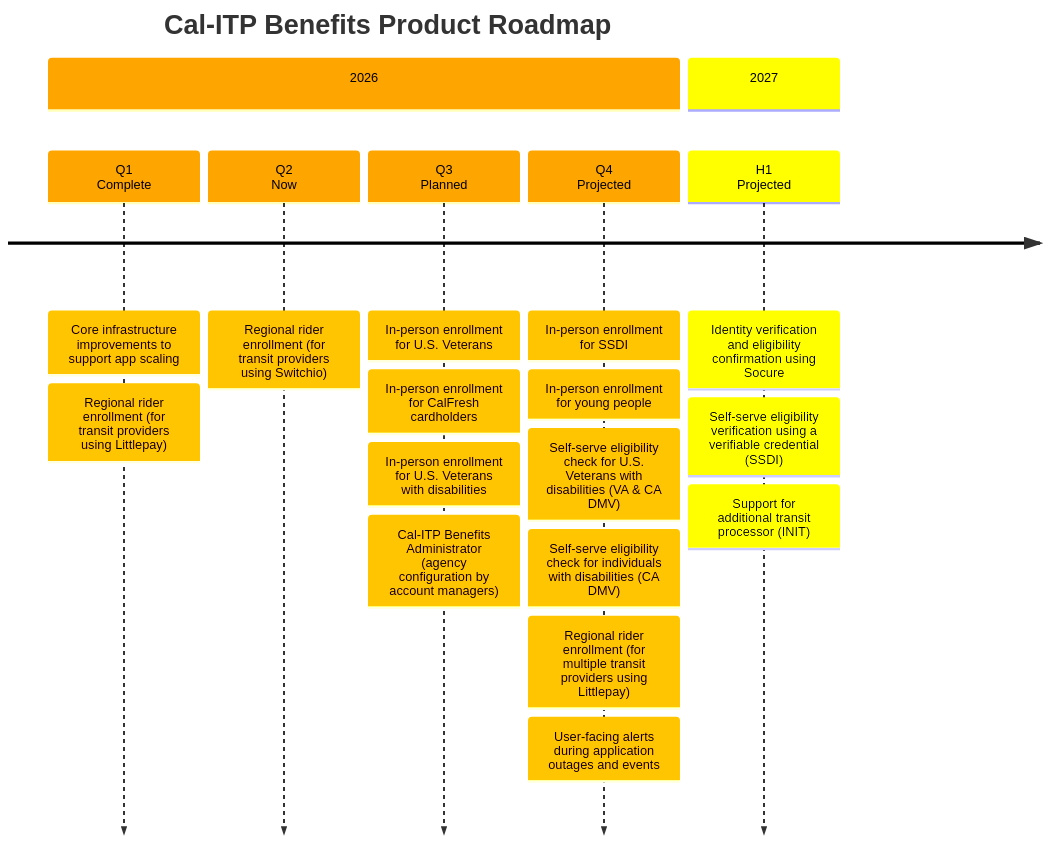
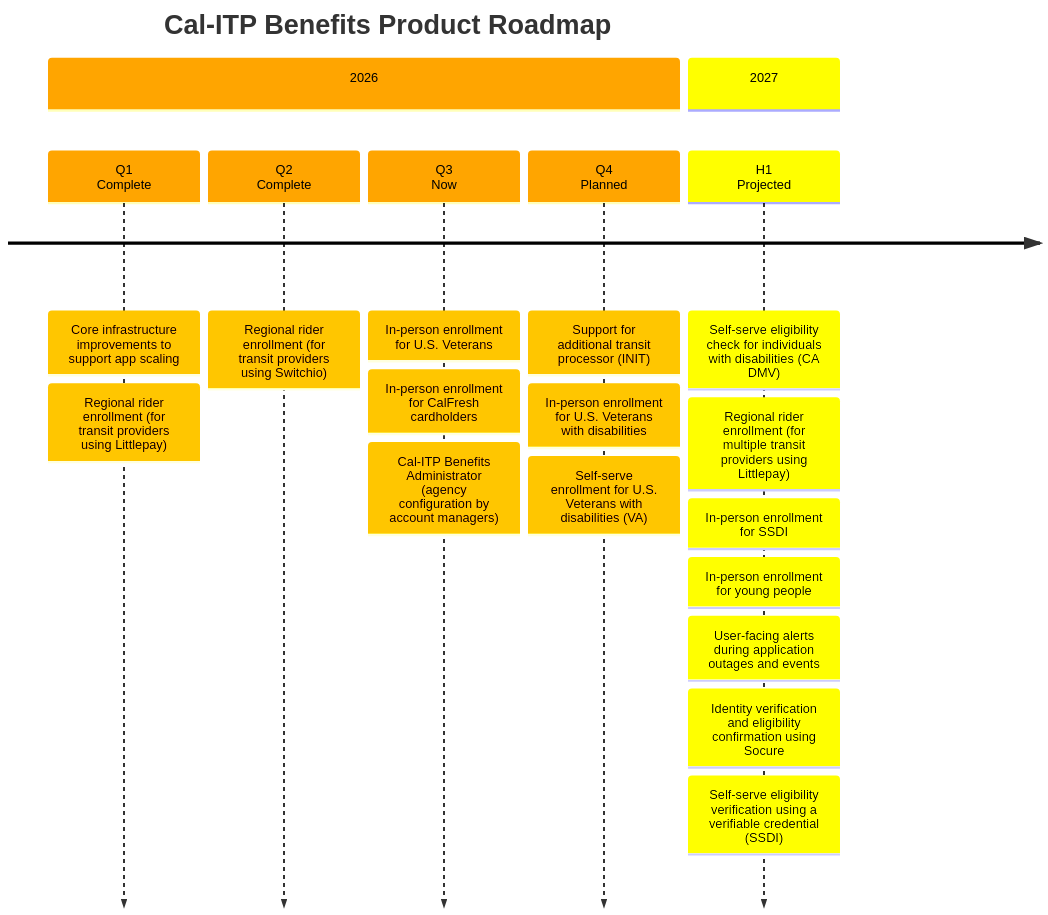
Before and after one commit to cal-itp/benefits: the diagram in docs/index.md, drawn with Mermaid.

Commit message:
docs: Q3 revisions to the product roadmap

````diff
--- a/docs/index.md
+++ b/docs/index.md
@@ -26,51 +26,51 @@
 ```mermaid
 timeline
     title Cal-ITP Benefits Product Roadmap
 
 %% Cal-ITP Benefits Epics (2026)
 
         section 2026
 
         Q1<br>Complete
         : Core infrastructure improvements to support app scaling
         : Regional rider enrollment (for transit providers using Littlepay)
 
-        Q2<br>Now
+        Q2<br>Complete
         : Regional rider enrollment (for transit providers using Switchio)
 
-        Q3<br>Planned
+        Q3<br>Now
         : In-person enrollment for U.S. Veterans
         : In-person enrollment for CalFresh cardholders
-        : In-person enrollment for U.S. Veterans with disabilities
         : Cal-ITP Benefits Administrator<br>(agency configuration by account managers)
 
-        Q4<br>Projected
-        : In-person enrollment for SSDI
-        : In-person enrollment for young people
-        : Self-serve eligibility check for U.S. Veterans with disabilities (VA & CA DMV)
-        : Self-serve eligibility check for individuals with disabilities (CA DMV)
-        : Regional rider enrollment (for multiple transit providers using Littlepay)
-        : User-facing alerts during application outages and events
+        Q4<br>Planned
+        : Support for additional transit processor (INIT)
+        : In-person enrollment for U.S. Veterans with disabilities
+        : Self-serve enrollment for U.S. Veterans with disabilities (VA)
 
 %% Cal-ITP Benefits Epics & Initiatives (Future)
 
         section 2027
 
         H1<br>Projected
 
+        : Self-serve eligibility check for individuals with disabilities (CA DMV)
+        : Regional rider enrollment (for multiple transit providers using Littlepay)
+        : In-person enrollment for SSDI
+        : In-person enrollment for young people
+        : User-facing alerts during application outages and events
         : Identity verification and eligibility confirmation using Socure
         : Self-serve eligibility verification using a verifiable credential (SSDI)
-        : Support for additional transit processor (INIT)
 %%{
   init: {
     'logLevel': 'debug',
     'theme': 'default' ,
     'themeVariables': {
       'cScale0': 'orange',
       'cScaleLabel0': 'black',
       'cScale1': 'yellow',
       'cScaleLabel1': 'black'
     }
   }
 }%%
 ```
````
